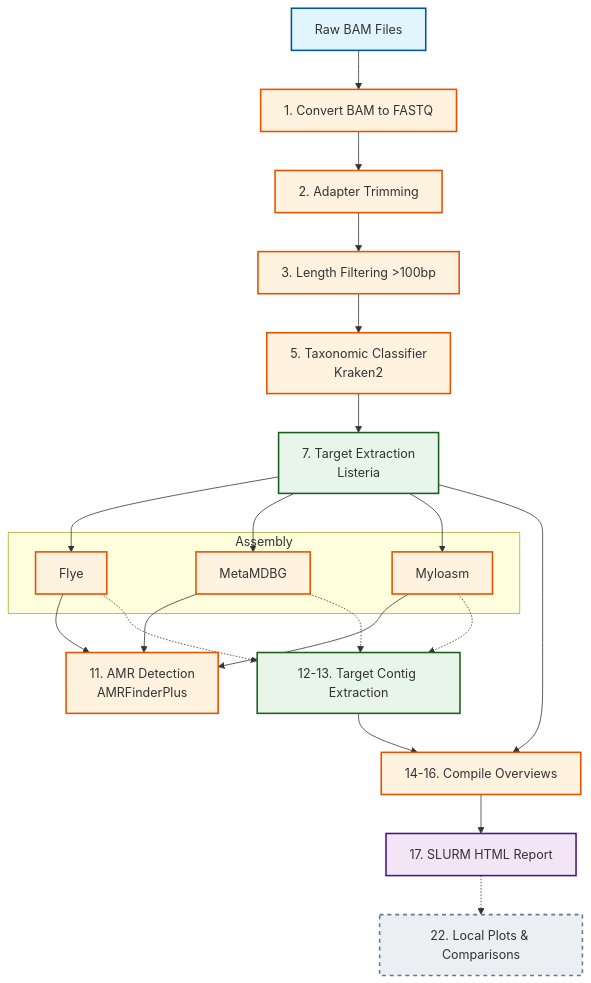
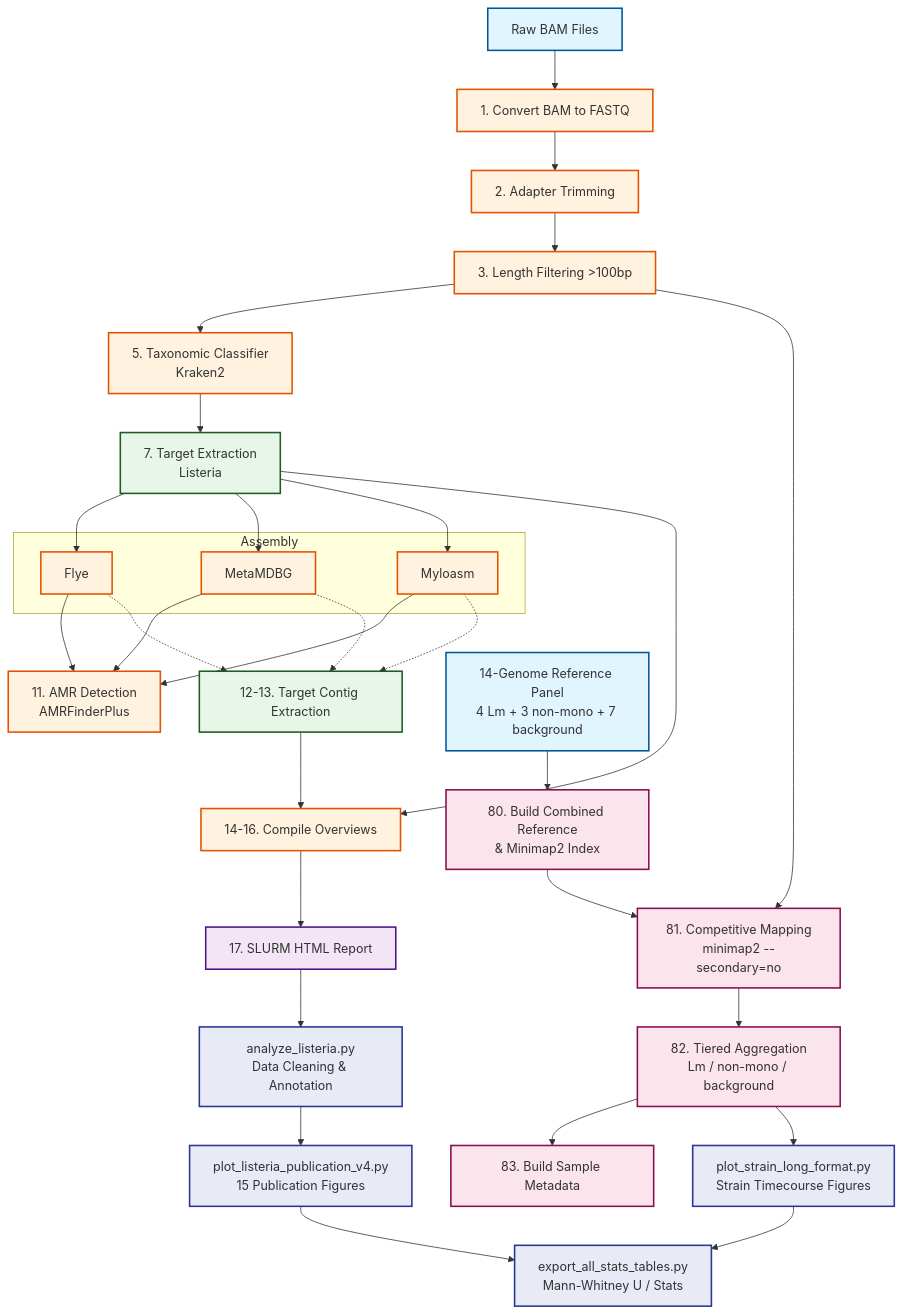
The diagram in Food_Safety/Listeria-Adaptive-Sampling/README.md (ttmgr/GenomicsForOneHealth), drawn with Mermaid before and after one commit.

Commit message:
docs: update pipeline architecture diagram with strain mapping & analysis layers
Extends the mermaid diagram to show the full workflow: processing pipeline
(steps 1-23), strain-level competitive mapping (steps 80-83), and downstream
statistical analysis & publication figure generation.

````diff
--- a/Food_Safety/Listeria-Adaptive-Sampling/README.md
+++ b/Food_Safety/Listeria-Adaptive-Sampling/README.md
@@ -33,52 +33,75 @@
 ```mermaid
 graph TD
     %% Define Styles
     classDef input fill:#e1f5fe,stroke:#01579b,stroke-width:2px;
     classDef process fill:#fff3e0,stroke:#e65100,stroke-width:2px;
     classDef target fill:#e8f5e9,stroke:#1b5e20,stroke-width:2px;
     classDef output fill:#f3e5f5,stroke:#4a148c,stroke-width:2px;
-    classDef optional fill:#eceff1,stroke:#607d8b,stroke-width:2px,stroke-dasharray: 5 5;
+    classDef strain fill:#fce4ec,stroke:#880e4f,stroke-width:2px;
+    classDef analysis fill:#e8eaf6,stroke:#283593,stroke-width:2px;
 
-    %% Nodes
+    %% Nodes — Processing Pipeline (Steps 1-23)
     A["Raw BAM Files"]:::input
     B["1. Convert BAM to FASTQ"]:::process
     C["2. Adapter Trimming"]:::process
     D["3. Length Filtering >100bp"]:::process
     E["5. Taxonomic Classifier\nKraken2"]:::process
     F["7. Target Extraction\nListeria"]:::target
-    
-    %% Assemblers
+
     subgraph Assembly
         G1["Flye"]:::process
         G2["MetaMDBG"]:::process
         G3["Myloasm"]:::process
     end
-    
+
     H["11. AMR Detection\nAMRFinderPlus"]:::process
     I["12-13. Target Contig Extraction"]:::target
-    
-    %% Reports
     J["14-16. Compile Overviews"]:::process
     K["17. SLURM HTML Report"]:::output
-    L["22. Local Plots & Comparisons"]:::optional
-    
-    %% Edges
+
+    %% Nodes — Strain-Level Competitive Mapping (Steps 80-83)
+    R["14-Genome Reference Panel\n4 Lm + 3 non-mono + 7 background"]:::input
+    S1["80. Build Combined Reference\n& Minimap2 Index"]:::strain
+    S2["81. Competitive Mapping\nminimap2 --secondary=no"]:::strain
+    S3["82. Tiered Aggregation\nLm / non-mono / background"]:::strain
+    S4["83. Build Sample Metadata"]:::strain
+
+    %% Nodes — Statistical Analysis & Publication Figures
+    T1["analyze_listeria.py\nData Cleaning & Annotation"]:::analysis
+    T2["plot_listeria_publication_v4.py\n15 Publication Figures"]:::analysis
+    T3["plot_strain_long_format.py\nStrain Timecourse Figures"]:::analysis
+    T4["export_all_stats_tables.py\nMann-Whitney U / Stats"]:::analysis
+
+    %% Edges — Processing Pipeline
     A --> B
     B --> C
     C --> D
     D --> E
     E --> F
     F --> G1
     F --> G2
     F --> G3
     G1 --> H
     G2 --> H
     G3 --> H
     G1 -.-> I
     G2 -.-> I
     G3 -.-> I
     F --> J
     I --> J
     J --> K
-    K -.-> L
+
+    %% Edges — Strain Mapping
+    R --> S1
+    D --> S2
+    S1 --> S2
+    S2 --> S3
+    S3 --> S4
+
+    %% Edges — Statistical Analysis
+    K --> T1
+    T1 --> T2
+    T2 --> T4
+    S3 --> T3
+    T3 --> T4
 ```
````
